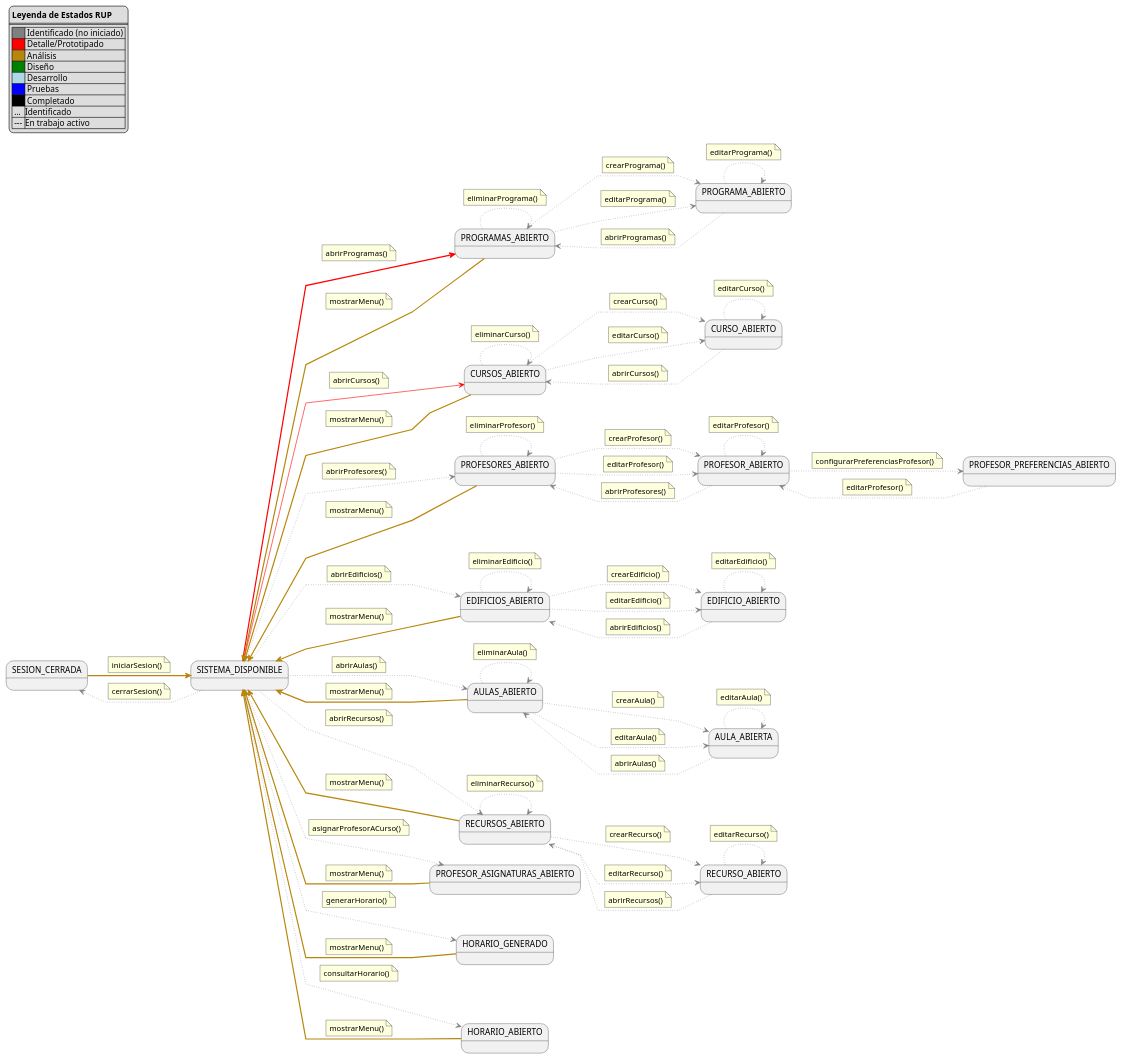
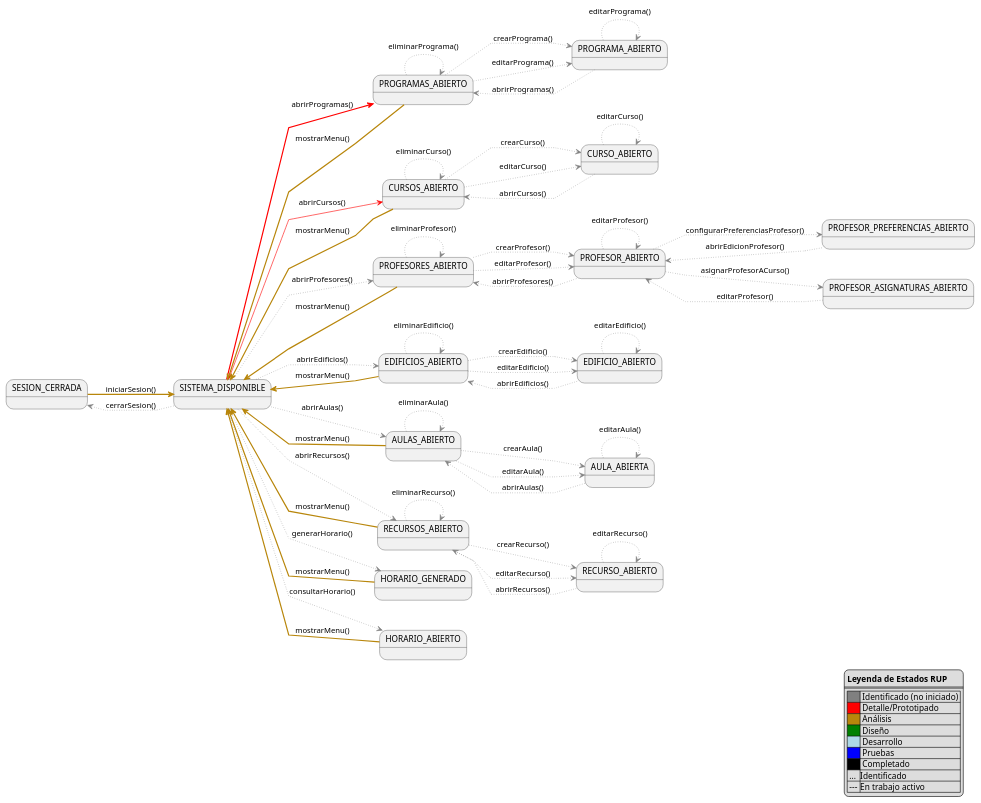
Before and after one commit to Hexcss/scheduler: the diagram in RUP/99-seguimiento/diagrama-contexto-administrador.puml, drawn with PlantUML. The commit also changed 4 other files, not shown here.

```diff
--- a/RUP/99-seguimiento/diagrama-contexto-administrador.puml
+++ b/RUP/99-seguimiento/diagrama-contexto-administrador.puml
@@ -3,7 +3,7 @@
 left to right direction
 skinparam linetype polyline
 
-legend top left
+legend bottom right
     **Leyenda de Estados RUP**
     ====
     |<#gray>     | Identificado (no iniciado) |
@@ -38,264 +38,59 @@
 state "HORARIO_GENERADO" as Generacion
 state "HORARIO_ABIERTO" as Consulta
 
-NoAuth -[#darkgoldenrod,thickness=2]-> Menu
-    note on link
-        iniciarSesion()
-    end note
+NoAuth -[#darkgoldenrod,thickness=2]-> Menu: iniciarSesion()
 
-Menu -[#gray,dotted]-> NoAuth
-    note on link
-        cerrarSesion()
-    end note
+Menu -[#gray,dotted]-> NoAuth: cerrarSesion()
+Menu -[#red,thickness=2]-> ListProgramas: abrirProgramas()
+Menu -[#red,thickness=1]-> ListCursos: abrirCursos()
+Menu -[#gray,dotted]-> ListProfesores: abrirProfesores()
+Menu -[#gray,dotted]-> ListEdificios: abrirEdificios()
+Menu -[#gray,dotted]-> ListAulas: abrirAulas()
+Menu -[#gray,dotted]-> ListRecursos: abrirRecursos()
+Menu -[#gray,dotted]-> Generacion: generarHorario()
+Menu -[#gray,dotted]-> Consulta: consultarHorario()
 
-Menu -[#red,thickness=2]-> ListProgramas
-    note on link
-        abrirProgramas()
-    end note
+EditProfesor -[#gray,dotted]-> Asignaciones: asignarProfesorACurso()
 
-Menu -[#red,thickness=1]-> ListCursos
-    note on link
-        abrirCursos()
-    end note
-
-Menu -[#gray,dotted]-> ListProfesores
-    note on link
-        abrirProfesores()
-    end note
-
-Menu -[#gray,dotted]-> ListEdificios
-    note on link
-        abrirEdificios()
-    end note
-
-Menu -[#gray,dotted]-> ListAulas
-    note on link
-        abrirAulas()
-    end note
-
-Menu -[#gray,dotted]-> ListRecursos
-    note on link
-        abrirRecursos()
-    end note
-
-Menu -[#gray,dotted]-> Asignaciones
-    note on link
-        asignarProfesorACurso()
-    end note
-
-Menu -[#gray,dotted]-> Generacion
-    note on link
-        generarHorario()
-    end note
-
-Menu -[#gray,dotted]-> Consulta
-    note on link
-        consultarHorario()
-    end note
-
-ListProgramas -[#gray,dotted]-> EditPrograma
-    note on link
-        crearPrograma()
-    end note
-
-ListProgramas -[#gray,dotted]-> EditPrograma
-    note on link
-        editarPrograma()
-    end note
-
-ListProgramas -[#gray,dotted]-> ListProgramas
-    note on link
-        eliminarPrograma()
-    end note
-
-EditPrograma -[#gray,dotted]-> EditPrograma
-    note on link
-        editarPrograma()
-    end note
-
-EditPrograma -[#gray,dotted]-> ListProgramas
-    note on link
-        abrirProgramas()
-    end note
-
-ListCursos -[#gray,dotted]-> EditCurso
-    note on link
-        crearCurso()
-    end note
-
-ListCursos -[#gray,dotted]-> EditCurso
-    note on link
-        editarCurso()
-    end note
-
-ListCursos -[#gray,dotted]-> ListCursos
-    note on link
-        eliminarCurso()
-    end note
-
-EditCurso -[#gray,dotted]-> EditCurso
-    note on link
-        editarCurso()
-    end note
-
-EditCurso -[#gray,dotted]-> ListCursos
-    note on link
-        abrirCursos()
-    end note
-
-ListProfesores -[#gray,dotted]-> EditProfesor
-    note on link
-        crearProfesor()
-    end note
-
-ListProfesores -[#gray,dotted]-> EditProfesor
-    note on link
-        editarProfesor()
-    end note
-
-ListProfesores -[#gray,dotted]-> ListProfesores
-    note on link
-        eliminarProfesor()
-    end note
-
-EditProfesor -[#gray,dotted]-> EditProfesor
-    note on link
-        editarProfesor()
-    end note
-
-EditProfesor -[#gray,dotted]-> EditProfesorPreferencias
-    note on link
-        configurarPreferenciasProfesor()
-    end note
-
-EditProfesorPreferencias -[#gray,dotted]-> EditProfesor
-    note on link
-        editarProfesor()
-    end note
-    
-EditProfesor -[#gray,dotted]-> ListProfesores
-    note on link
-        abrirProfesores()
-    end note
-
-ListEdificios -[#gray,dotted]-> EditEdificio
-    note on link
-        crearEdificio()
-    end note
-
-ListEdificios -[#gray,dotted]-> EditEdificio
-    note on link
-        editarEdificio()
-    end note
-
-ListEdificios -[#gray,dotted]-> ListEdificios
-    note on link
-        eliminarEdificio()
-    end note
-
-EditEdificio -[#gray,dotted]-> EditEdificio
-    note on link
-        editarEdificio()
-    end note
-
-EditEdificio -[#gray,dotted]-> ListEdificios
-    note on link
-        abrirEdificios()
-    end note
-
-ListAulas -[#gray,dotted]-> EditAula
-    note on link
-        crearAula()
-    end note
-
-ListAulas -[#gray,dotted]-> EditAula
-    note on link
-        editarAula()
-    end note
-
-ListAulas -[#gray,dotted]-> ListAulas
-    note on link
-        eliminarAula()
-    end note
-
-EditAula -[#gray,dotted]-> EditAula
-    note on link
-        editarAula()
-    end note
-
-EditAula -[#gray,dotted]-> ListAulas
-    note on link
-        abrirAulas()
-    end note
-
-ListRecursos -[#gray,dotted]-> EditRecurso
-    note on link
-        crearRecurso()
-    end note
-
-ListRecursos -[#gray,dotted]-> EditRecurso
-    note on link
-        editarRecurso()
-    end note
-
-ListRecursos -[#gray,dotted]-> ListRecursos
-    note on link
-        eliminarRecurso()
-    end note
-
-EditRecurso -[#gray,dotted]-> EditRecurso
-    note on link
-        editarRecurso()
-    end note
-
-EditRecurso -[#gray,dotted]-> ListRecursos
-    note on link
-        abrirRecursos()
-    end note
-
-ListProgramas -[#darkgoldenrod,thickness=2]-> Menu
-    note on link
-        mostrarMenu()
-    end note
-
-ListCursos -[#darkgoldenrod,thickness=2]-> Menu
-    note on link
-        mostrarMenu()
-    end note
-
-ListProfesores -[#darkgoldenrod,thickness=2]-> Menu
-    note on link
-        mostrarMenu()
-    end note
-
-ListEdificios -[#darkgoldenrod,thickness=2]-> Menu
-    note on link
-        mostrarMenu()
-    end note
-
-ListAulas -[#darkgoldenrod,thickness=2]-> Menu
-    note on link
-        mostrarMenu()
-    end note
-
-ListRecursos -[#darkgoldenrod,thickness=2]-> Menu
-    note on link
-        mostrarMenu()
-    end note
-
-Asignaciones -[#darkgoldenrod,thickness=2]-> Menu
-    note on link
-        mostrarMenu()
-    end note
-
-Generacion -[#darkgoldenrod,thickness=2]-> Menu
-    note on link
-        mostrarMenu()
-    end note
-
-Consulta -[#darkgoldenrod,thickness=2]-> Menu
-    note on link
-        mostrarMenu()
-    end note
-
+Asignaciones -[#gray,dotted]-> EditProfesor: editarProfesor()
+ListProgramas -[#gray,dotted]-> EditPrograma: crearPrograma()
+ListProgramas -[#gray,dotted]-> EditPrograma: editarPrograma()
+ListProgramas -[#gray,dotted]-> ListProgramas: eliminarPrograma()
+EditPrograma -[#gray,dotted]-> EditPrograma: editarPrograma()
+EditPrograma -[#gray,dotted]-> ListProgramas: abrirProgramas()
+ListCursos -[#gray,dotted]-> EditCurso: crearCurso()
+ListCursos -[#gray,dotted]-> EditCurso: editarCurso()
+ListCursos -[#gray,dotted]-> ListCursos: eliminarCurso()
+EditCurso -[#gray,dotted]-> EditCurso: editarCurso()
+EditCurso -[#gray,dotted]-> ListCursos: abrirCursos()
+ListProfesores -[#gray,dotted]-> EditProfesor: crearProfesor()
+ListProfesores -[#gray,dotted]-> EditProfesor: editarProfesor()
+ListProfesores -[#gray,dotted]-> ListProfesores: eliminarProfesor()
+EditProfesor -[#gray,dotted]-> EditProfesor: editarProfesor()
+EditProfesor -[#gray,dotted]-> EditProfesorPreferencias: configurarPreferenciasProfesor()
+EditProfesor -[#gray,dotted]-> ListProfesores: abrirProfesores()
+EditProfesorPreferencias -[#gray,dotted]-> EditProfesor: abrirEdicionProfesor()
+ListEdificios -[#gray,dotted]-> EditEdificio: crearEdificio()
+ListEdificios -[#gray,dotted]-> EditEdificio: editarEdificio()
+ListEdificios -[#gray,dotted]-> ListEdificios: eliminarEdificio()
+EditEdificio -[#gray,dotted]-> EditEdificio: editarEdificio()
+EditEdificio -[#gray,dotted]-> ListEdificios: abrirEdificios()
+ListAulas -[#gray,dotted]-> EditAula: crearAula()
+ListAulas -[#gray,dotted]-> EditAula: editarAula()
+ListAulas -[#gray,dotted]-> ListAulas: eliminarAula()
+EditAula -[#gray,dotted]-> EditAula: editarAula()
+EditAula -[#gray,dotted]-> ListAulas: abrirAulas()
+ListRecursos -[#gray,dotted]-> EditRecurso: crearRecurso()
+ListRecursos -[#gray,dotted]-> EditRecurso: editarRecurso()
+ListRecursos -[#gray,dotted]-> ListRecursos: eliminarRecurso()
+EditRecurso -[#gray,dotted]-> EditRecurso: editarRecurso()
+EditRecurso -[#gray,dotted]-> ListRecursos: abrirRecursos()
+ListProgramas -[#darkgoldenrod,thickness=2]-> Menu: mostrarMenu()
+ListCursos -[#darkgoldenrod,thickness=2]-> Menu: mostrarMenu()
+ListProfesores -[#darkgoldenrod,thickness=2]-> Menu: mostrarMenu()
+ListEdificios -[#darkgoldenrod,thickness=2]-> Menu: mostrarMenu()
+ListAulas -[#darkgoldenrod,thickness=2]-> Menu: mostrarMenu()
+ListRecursos -[#darkgoldenrod,thickness=2]-> Menu: mostrarMenu()
+Generacion -[#darkgoldenrod,thickness=2]-> Menu: mostrarMenu()
+Consulta -[#darkgoldenrod,thickness=2]-> Menu: mostrarMenu()
 @enduml
```
